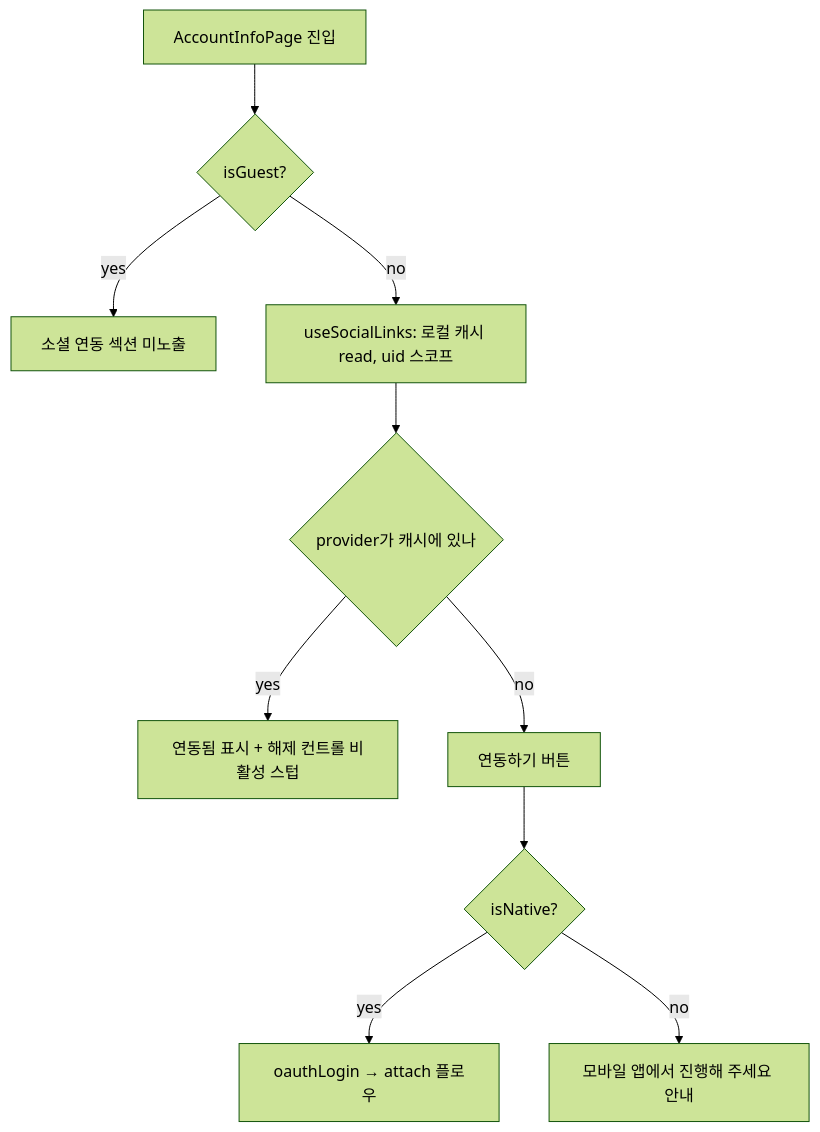
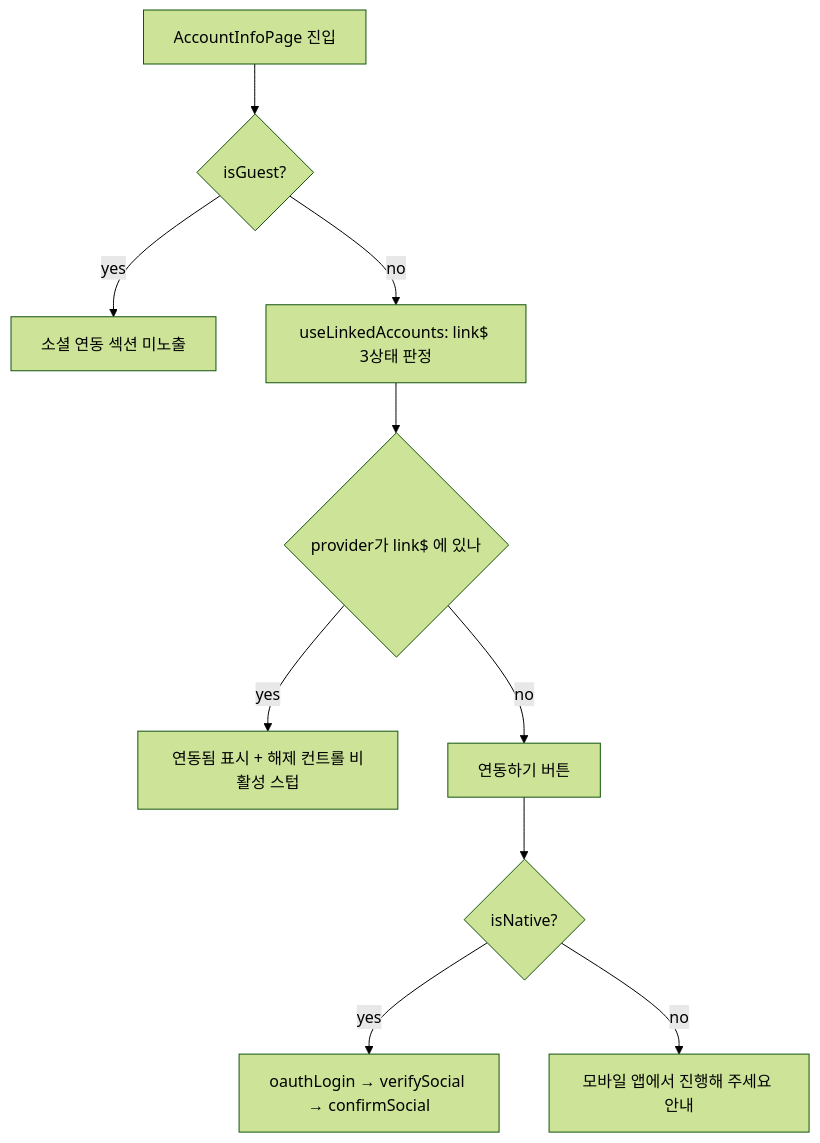
The second of 2 diagrams in apps/web/docs/feature/account/social-links.md (lemoncloud-io/dou-app), drawn with Mermaid (forest theme) before and after one commit. The commit also changed other lines of this file and 5 other files, not shown here.

````diff
--- a/apps/web/docs/feature/account/social-links.md
+++ b/apps/web/docs/feature/account/social-links.md
@@ -137,12 +138,12 @@
 ```mermaid
 flowchart TD
     A[AccountInfoPage 진입] --> B{isGuest?}
     B -- yes --> Z[소셜 연동 섹션 미노출]
-    B -- no --> C[useSocialLinks: 로컬 캐시 read, uid 스코프]
-    C --> D{provider가 캐시에 있나}
+    B -- no --> C[useLinkedAccounts: link$ 3상태 판정]
+    C --> D{provider가 link$ 에 있나}
     D -- yes --> E["연동됨" 표시 + 해제 컨트롤 비활성 스텁]
     D -- no --> F["연동하기" 버튼]
     F --> G{isNative?}
-    G -- yes --> H[oauthLogin → attach 플로우]
+    G -- yes --> H[oauthLogin → verifySocial → confirmSocial]
     G -- no --> I["모바일 앱에서 진행해 주세요" 안내]
 ```
````
